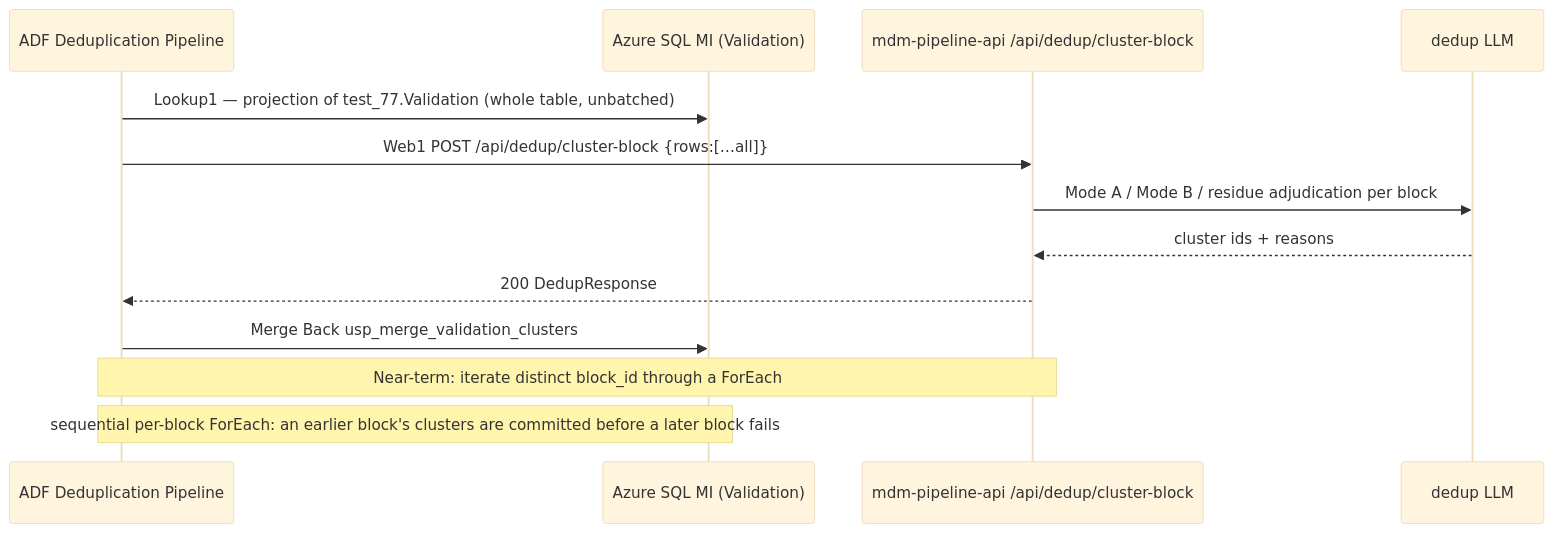
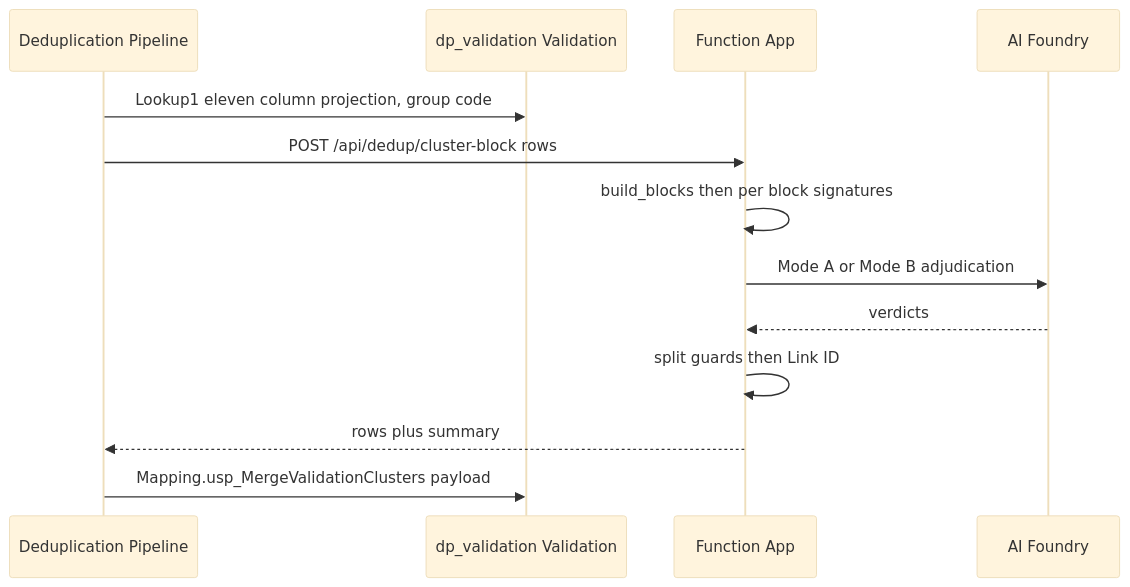
One commit to apoorva1717/Intelligent-MDM-Pipeline changed the fifth of 7 diagrams in docs/thesis/02_ARCHITECTURE.md. Above: the diagram before and after it, drawn with Mermaid (base theme). The commit also changed other lines of this file and 58 other files, not shown here.

````diff
--- a/docs/thesis/02_ARCHITECTURE.md
+++ b/docs/thesis/02_ARCHITECTURE.md
@@ -235,15 +291,15 @@
 ```mermaid
 sequenceDiagram
-    participant ADF as ADF Deduplication Pipeline
-    participant MI as Azure SQL MI (Validation)
-    participant API as mdm-pipeline-api /api/dedup/cluster-block
-    participant LLM as dedup LLM
-    ADF->>MI: Lookup1 — projection of test_77.Validation (whole table, unbatched)
-    ADF->>API: Web1 POST /api/dedup/cluster-block {rows:[…all]}
-    API->>LLM: Mode A / Mode B / residue adjudication per block
-    LLM-->>API: cluster ids + reasons
-    API-->>ADF: 200 DedupResponse
-    ADF->>MI: Merge Back usp_merge_validation_clusters
-    Note over ADF,API: Near-term: iterate distinct block_id through a ForEach
-    Note over ADF,MI: sequential per-block ForEach: an earlier block's clusters are committed before a later block fails
+    participant ADF as Deduplication Pipeline
+    participant SQL as dp_validation Validation
+    participant API as Function App
+    participant AOAI as AI Foundry
+    ADF->>SQL: Lookup1 eleven column projection, group code
+    ADF->>API: POST /api/dedup/cluster-block rows
+    API->>API: build_blocks then per block signatures
+    API->>AOAI: Mode A or Mode B adjudication
+    AOAI-->>API: verdicts
+    API->>API: split guards then Link ID
+    API-->>ADF: rows plus summary
+    ADF->>SQL: Mapping.usp_MergeValidationClusters payload
 ```
````
